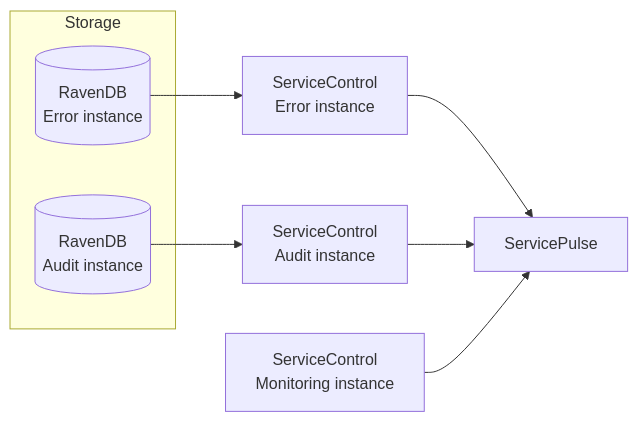
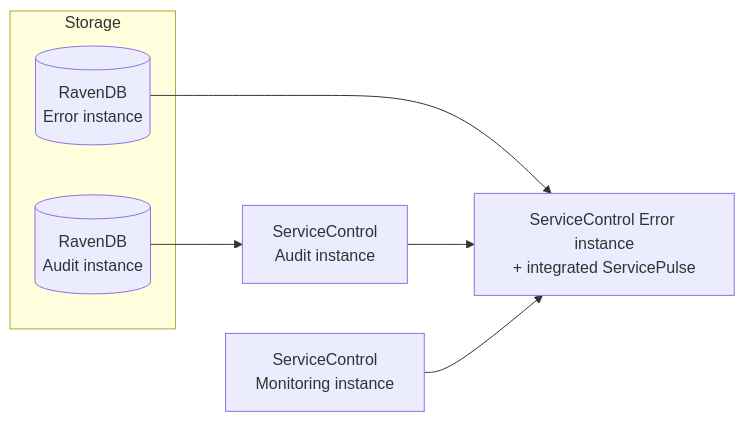
One commit to Particular/docs.particular.net changed the diagram in platform/containers.md. Above: the diagram before and after it, drawn with Mermaid. The commit also changed other lines of this file and 1 other file, not shown here.

Commit message:
Use embedded ServicePulse instance

````diff
--- a/platform/containers.md
+++ b/platform/containers.md
@@ -12,16 +12,15 @@
 ```mermaid
 graph LR
 
 subgraph Storage
   errordb[(RavenDB<br/>Error instance)]
   auditdb[(RavenDB<br/>Audit instance)]
 end
 
-errordb --> error[ServiceControl<br/>Error instance]
+errordb --> error["ServiceControl Error instance<br/>+ integrated ServicePulse"]
 auditdb --> audit[ServiceControl<br/>Audit instance]
 monitoring[ServiceControl<br/>Monitoring instance]
 
-error --> pulse[ServicePulse]
-audit --> pulse
-monitoring --> pulse
+audit --> error
+monitoring --> error
 ```
````
